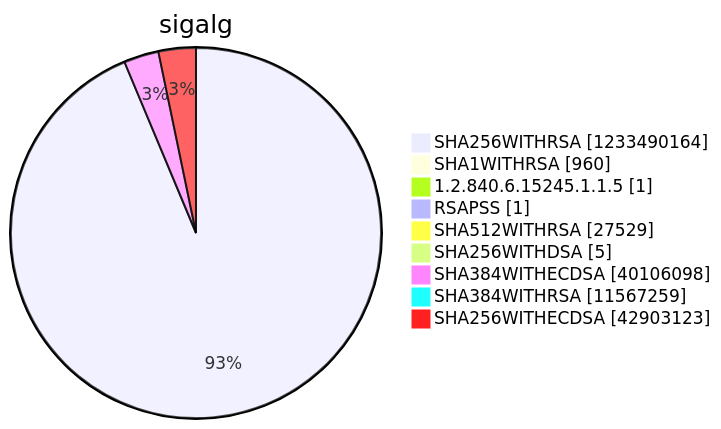
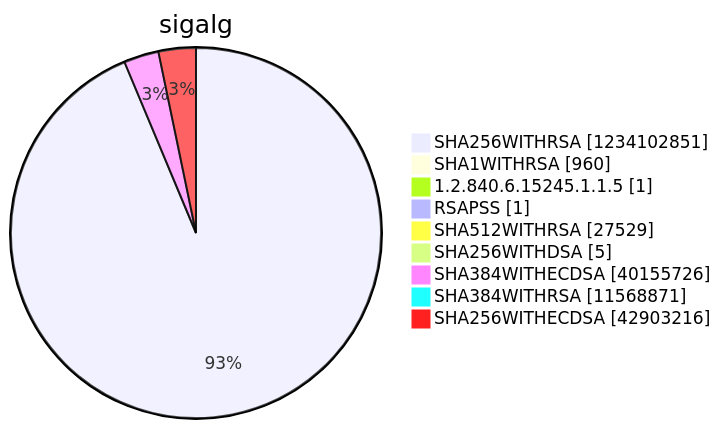
Diagram 15 of 15 in argon2022/README.md (christiankrug/ctmonitor_visualization), drawn with Mermaid before and after one commit. The commit also changed other lines of this file, not shown here.

````diff
--- a/argon2022/README.md
+++ b/argon2022/README.md
@@ -5522,13 +5522,13 @@
 ```mermaid
 pie showData
 title sigalg
-"SHA256WITHRSA" :1233490164
+"SHA256WITHRSA" :1234102851
 "SHA1WITHRSA" :960
 "1.2.840.6.15245.1.1.5" :1
 "RSAPSS" :1
 "SHA512WITHRSA" :27529
 "SHA256WITHDSA" :5
-"SHA384WITHECDSA" :40106098
-"SHA384WITHRSA" :11567259
-"SHA256WITHECDSA" :42903123
+"SHA384WITHECDSA" :40155726
+"SHA384WITHRSA" :11568871
+"SHA256WITHECDSA" :42903216
 ```
````
